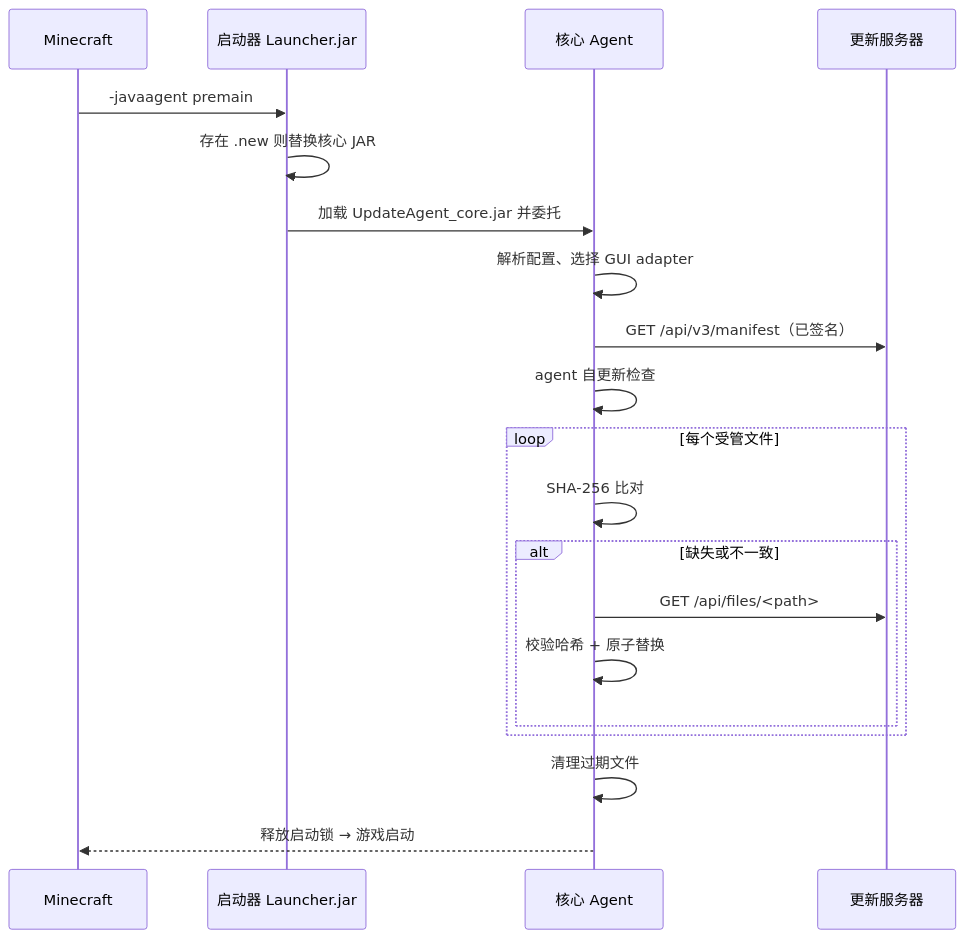
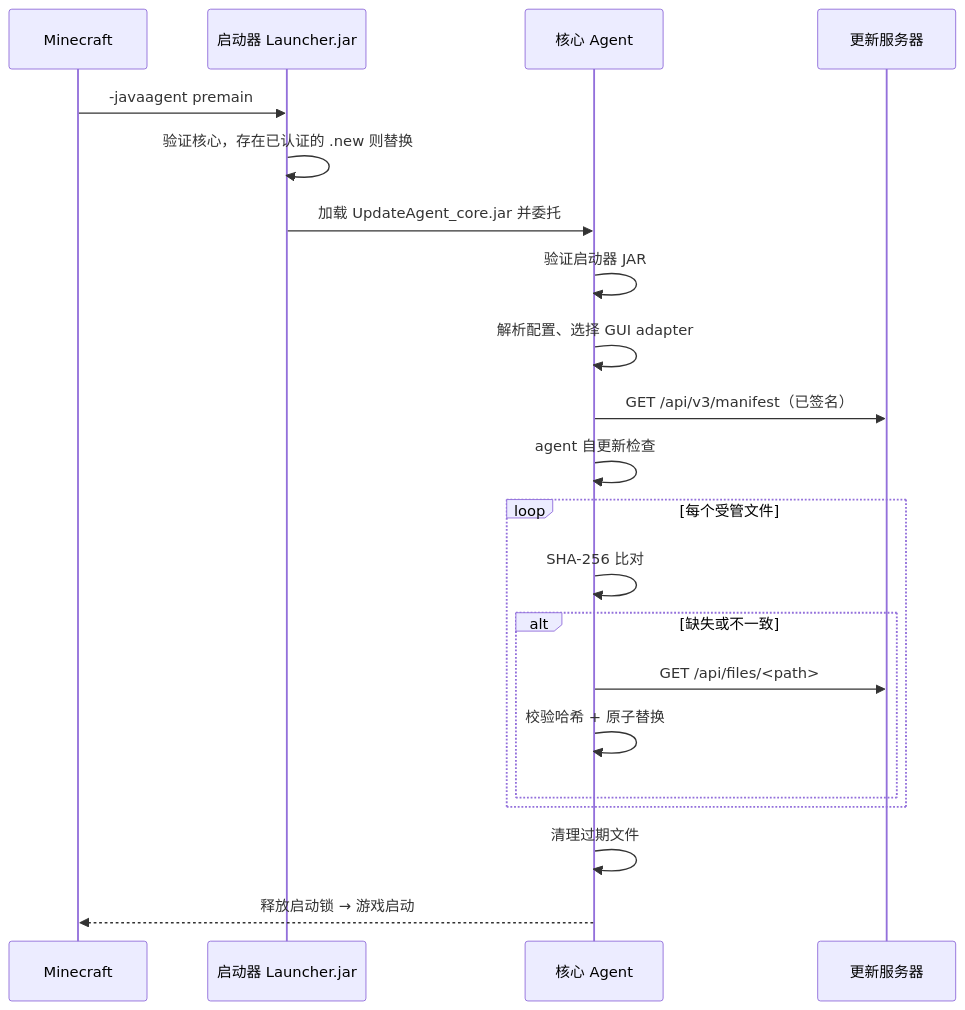
Before and after one commit to FireflyTornado/minecraft-server-updater-for656: the diagram in README_CN.md, drawn with Mermaid. The commit also changed other lines of this file and 12 other files, not shown here.

````diff
--- a/README_CN.md
+++ b/README_CN.md
@@ -32,22 +32,23 @@
 ```mermaid
 sequenceDiagram
     participant MC as Minecraft
     participant L as 启动器 Launcher.jar
     participant A as 核心 Agent
     participant S as 更新服务器
     MC->>L: -javaagent premain
-    L->>L: 存在 .new 则替换核心 JAR
+    L->>L: 验证核心，存在已认证的 .new 则替换
     L->>A: 加载 UpdateAgent_core.jar 并委托
+    A->>A: 验证启动器 JAR
     A->>A: 解析配置、选择 GUI adapter
     A->>S: GET /api/v3/manifest（已签名）
     A->>A: agent 自更新检查
     loop 每个受管文件
         A->>A: SHA-256 比对
         alt 缺失或不一致
             A->>S: GET /api/files/<path>
             A->>A: 校验哈希 + 原子替换
         end
     end
     A->>A: 清理过期文件
     A-->>MC: 释放启动锁 → 游戏启动
 ```
````
